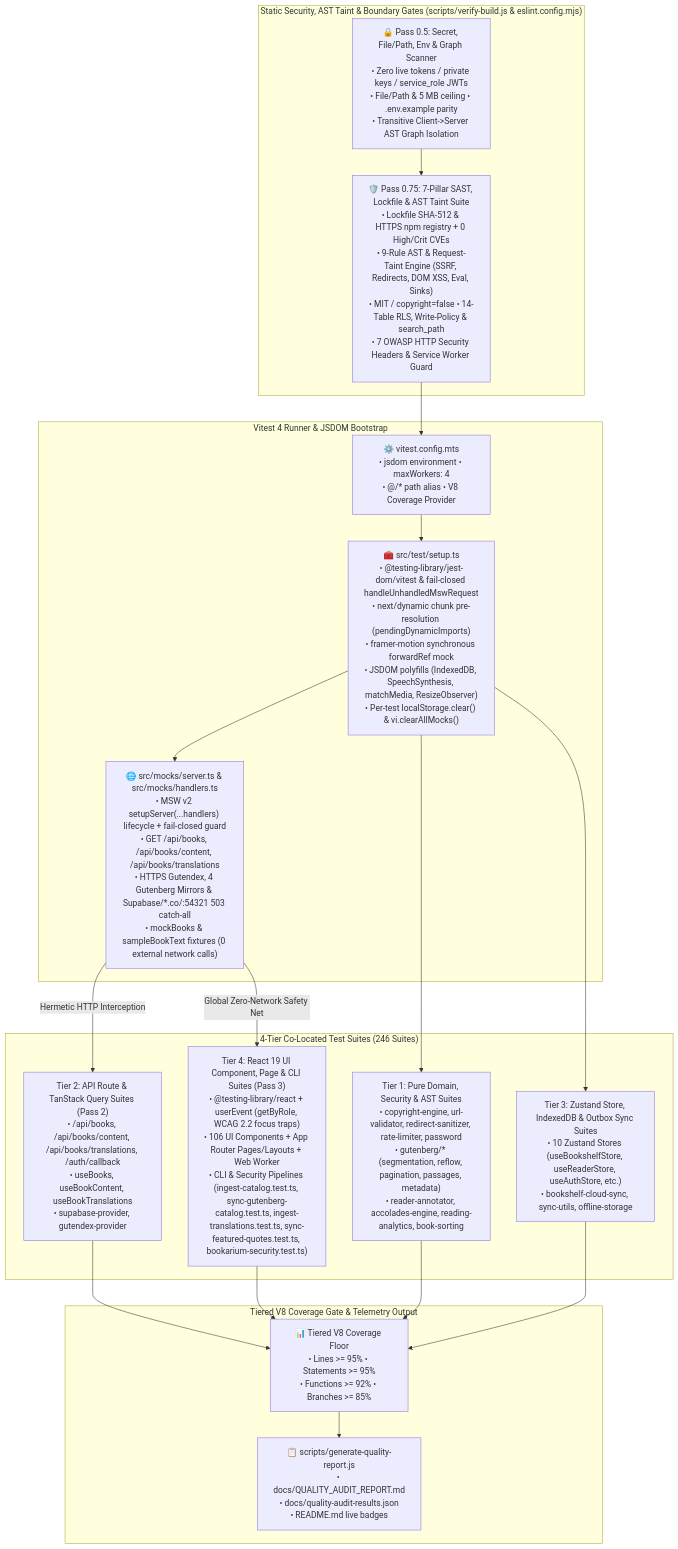
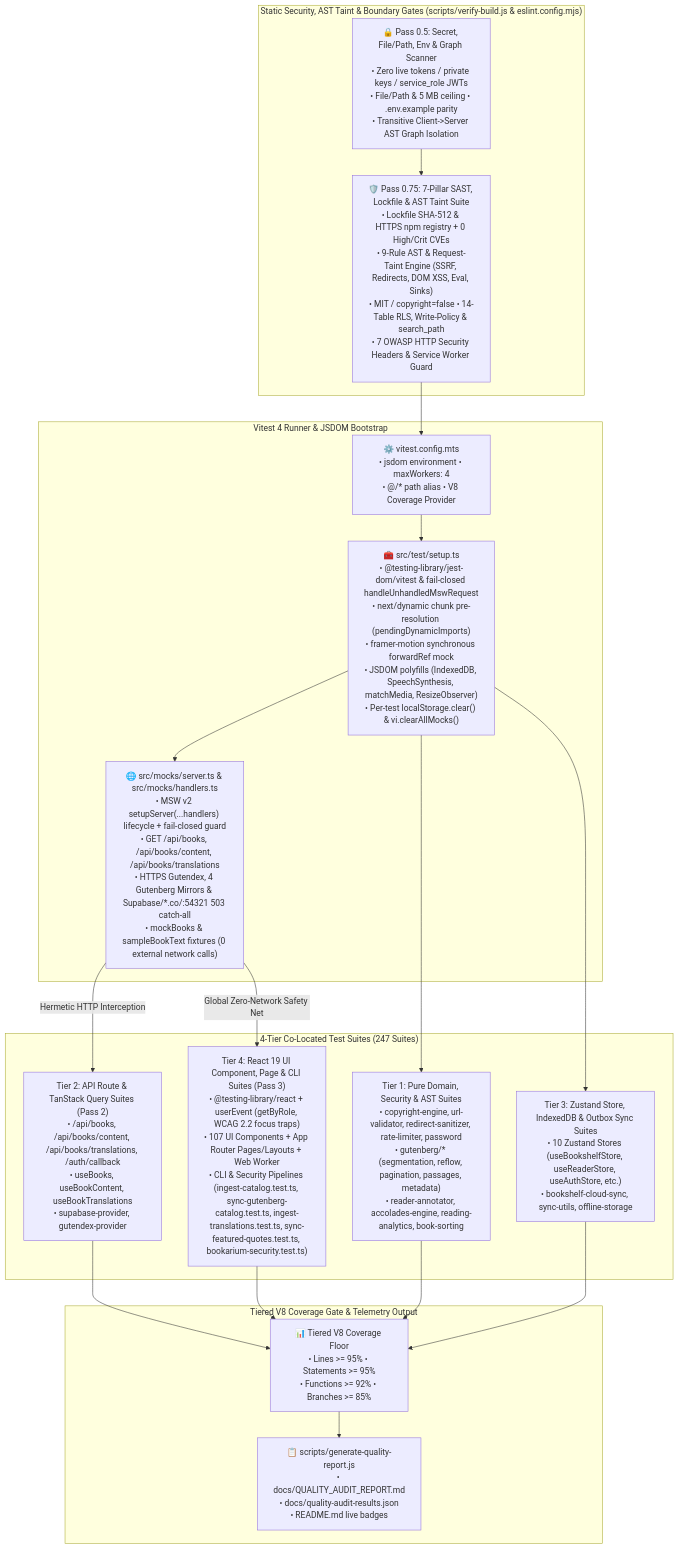
One commit to calin-m/Bookarium changed the ninth of 13 diagrams in docs/ARCHITECTURE.md. Above: the diagram before and after it, drawn with Mermaid. The commit also changed other lines of this file and 46 other files, not shown here.

````diff
--- a/docs/ARCHITECTURE.md
+++ b/docs/ARCHITECTURE.md
@@ -1164,39 +1171,39 @@
 ```mermaid
 flowchart TD
     subgraph SecurityGates ["Static Security, AST Taint & Boundary Gates (scripts/verify-build.js & eslint.config.mjs)"]
         Pass05["🔒 Pass 0.5: Secret, File/Path, Env & Graph Scanner\n• Zero live tokens / private keys / service_role JWTs\n• File/Path & 5 MB ceiling • .env.example parity\n• Transitive Client->Server AST Graph Isolation"]
         Pass075["🛡️ Pass 0.75: 7-Pillar SAST, Lockfile & AST Taint Suite\n• Lockfile SHA-512 & HTTPS npm registry + 0 High/Crit CVEs\n• 9-Rule AST & Request-Taint Engine (SSRF, Redirects, DOM XSS, Eval, Sinks)\n• MIT / copyright=false • 14-Table RLS, Write-Policy & search_path\n• 7 OWASP HTTP Security Headers & Service Worker Guard"]
     end
 
     subgraph TestRunner ["Vitest 4 Runner & JSDOM Bootstrap"]
         VitestCfg["⚙️ vitest.config.mts\n• jsdom environment • maxWorkers: 4\n• @/* path alias • V8 Coverage Provider"]
         TestSetup["🧰 src/test/setup.ts\n• @testing-library/jest-dom/vitest & fail-closed handleUnhandledMswRequest\n• next/dynamic chunk pre-resolution (pendingDynamicImports)\n• framer-motion synchronous forwardRef mock\n• JSDOM polyfills (IndexedDB, SpeechSynthesis, matchMedia, ResizeObserver)\n• Per-test localStorage.clear() & vi.clearAllMocks()"]
         MSWServer["🌐 src/mocks/server.ts & src/mocks/handlers.ts\n• MSW v2 setupServer(...handlers) lifecycle + fail-closed guard\n• GET /api/books, /api/books/content, /api/books/translations\n• HTTPS Gutendex, 4 Gutenberg Mirrors & Supabase/*.co/:54321 503 catch-all\n• mockBooks & sampleBookText fixtures (0 external network calls)"]
     end
 
-    subgraph TestTiers ["4-Tier Co-Located Test Suites (246 Suites)"]
+    subgraph TestTiers ["4-Tier Co-Located Test Suites (247 Suites)"]
         Tier1["Tier 1: Pure Domain, Security & AST Suites\n• copyright-engine, url-validator, redirect-sanitizer, rate-limiter, password\n• gutenberg/* (segmentation, reflow, pagination, passages, metadata)\n• reader-annotator, accolades-engine, reading-analytics, book-sorting"]
         Tier2["Tier 2: API Route & TanStack Query Suites (Pass 2)\n• /api/books, /api/books/content, /api/books/translations, /auth/callback\n• useBooks, useBookContent, useBookTranslations\n• supabase-provider, gutendex-provider"]
         Tier3["Tier 3: Zustand Store, IndexedDB & Outbox Sync Suites\n• 10 Zustand Stores (useBookshelfStore, useReaderStore, useAuthStore, etc.)\n• bookshelf-cloud-sync, sync-utils, offline-storage"]
-        Tier4["Tier 4: React 19 UI Component, Page & CLI Suites (Pass 3)\n• @testing-library/react + userEvent (getByRole, WCAG 2.2 focus traps)\n• 106 UI Components + App Router Pages/Layouts + Web Worker\n• CLI & Security Pipelines (ingest-catalog.test.ts, sync-gutenberg-catalog.test.ts, ingest-translations.test.ts, sync-featured-quotes.test.ts, bookarium-security.test.ts)"]
+        Tier4["Tier 4: React 19 UI Component, Page & CLI Suites (Pass 3)\n• @testing-library/react + userEvent (getByRole, WCAG 2.2 focus traps)\n• 107 UI Components + App Router Pages/Layouts + Web Worker\n• CLI & Security Pipelines (ingest-catalog.test.ts, sync-gutenberg-catalog.test.ts, ingest-translations.test.ts, sync-featured-quotes.test.ts, bookarium-security.test.ts)"]
     end
 
     subgraph CoverageGate ["Tiered V8 Coverage Gate & Telemetry Output"]
         V8Thresholds["📊 Tiered V8 Coverage Floor\n• Lines >= 95% • Statements >= 95%\n• Functions >= 92% • Branches >= 85%"]
         QualityReport["📋 scripts/generate-quality-report.js\n• docs/QUALITY_AUDIT_REPORT.md\n• docs/quality-audit-results.json\n• README.md live badges"]
     end
 
     Pass05 --> Pass075
     Pass075 --> VitestCfg
     VitestCfg --> TestSetup
     TestSetup --> MSWServer
     TestSetup --> Tier1
     MSWServer -->|"Hermetic HTTP Interception"| Tier2
     TestSetup --> Tier3
     MSWServer -->|"Global Zero-Network Safety Net"| Tier4
     Tier1 --> V8Thresholds
     Tier2 --> V8Thresholds
     Tier3 --> V8Thresholds
     Tier4 --> V8Thresholds
     V8Thresholds --> QualityReport
 ```
````
